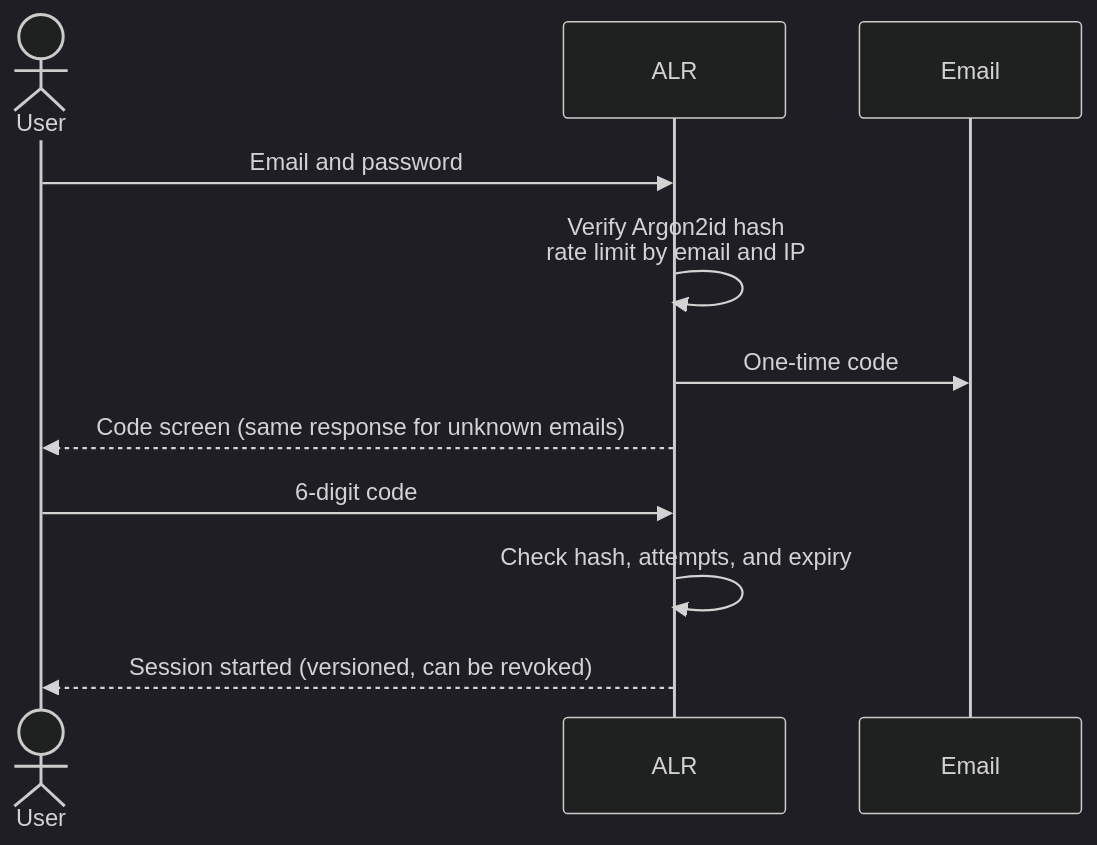
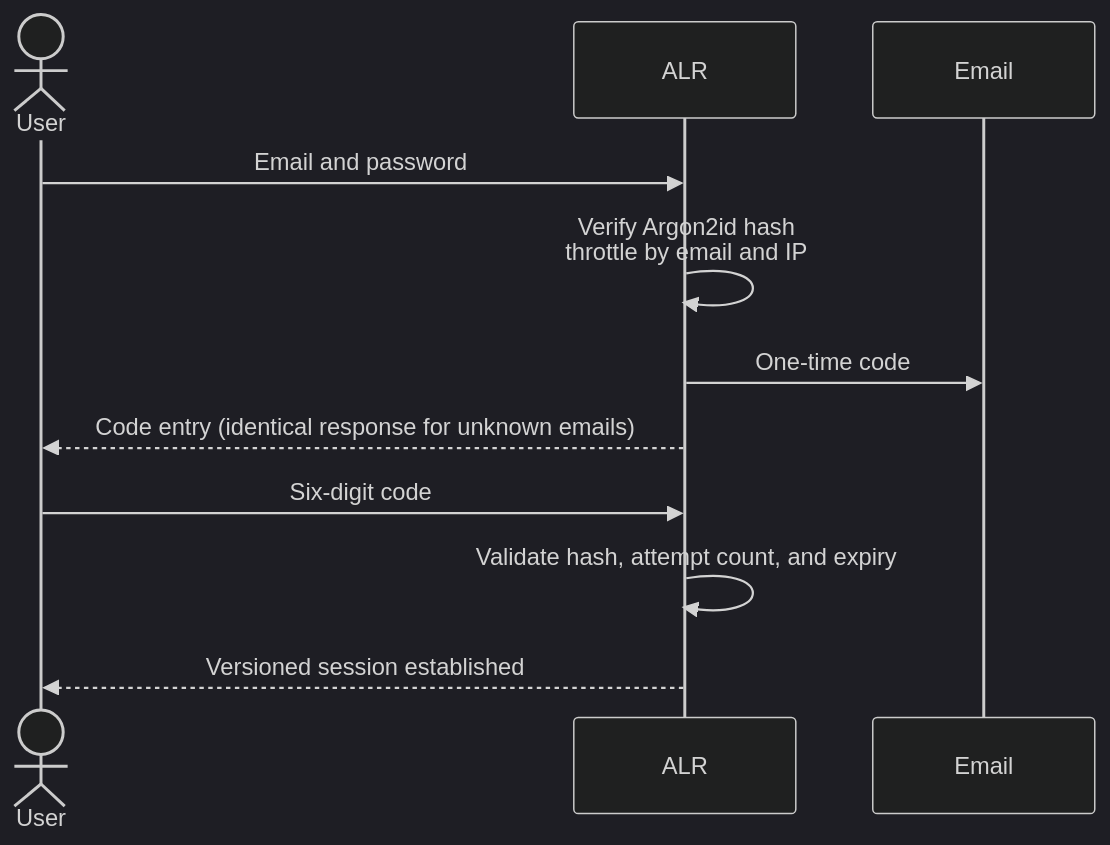
Before and after one commit to Masbismaa/mtoa_alr: the fifth of 8 diagrams in .github/README.md, drawn with Mermaid (dark theme). The commit also changed other lines of this file and 3 other files, not shown here.

````diff
--- a/.github/README.md
+++ b/.github/README.md
@@ -466,13 +493,13 @@
 ```mermaid
 sequenceDiagram
     actor U as User
     participant A as ALR
     participant E as Email
     U->>A: Email and password
-    A->>A: Verify Argon2id hash<br/>rate limit by email and IP
+    A->>A: Verify Argon2id hash<br/>throttle by email and IP
     A->>E: One-time code
-    A-->>U: Code screen (same response for unknown emails)
-    U->>A: 6-digit code
-    A->>A: Check hash, attempts, and expiry
-    A-->>U: Session started (versioned, can be revoked)
+    A-->>U: Code entry (identical response for unknown emails)
+    U->>A: Six-digit code
+    A->>A: Validate hash, attempt count, and expiry
+    A-->>U: Versioned session established
 ```
````
